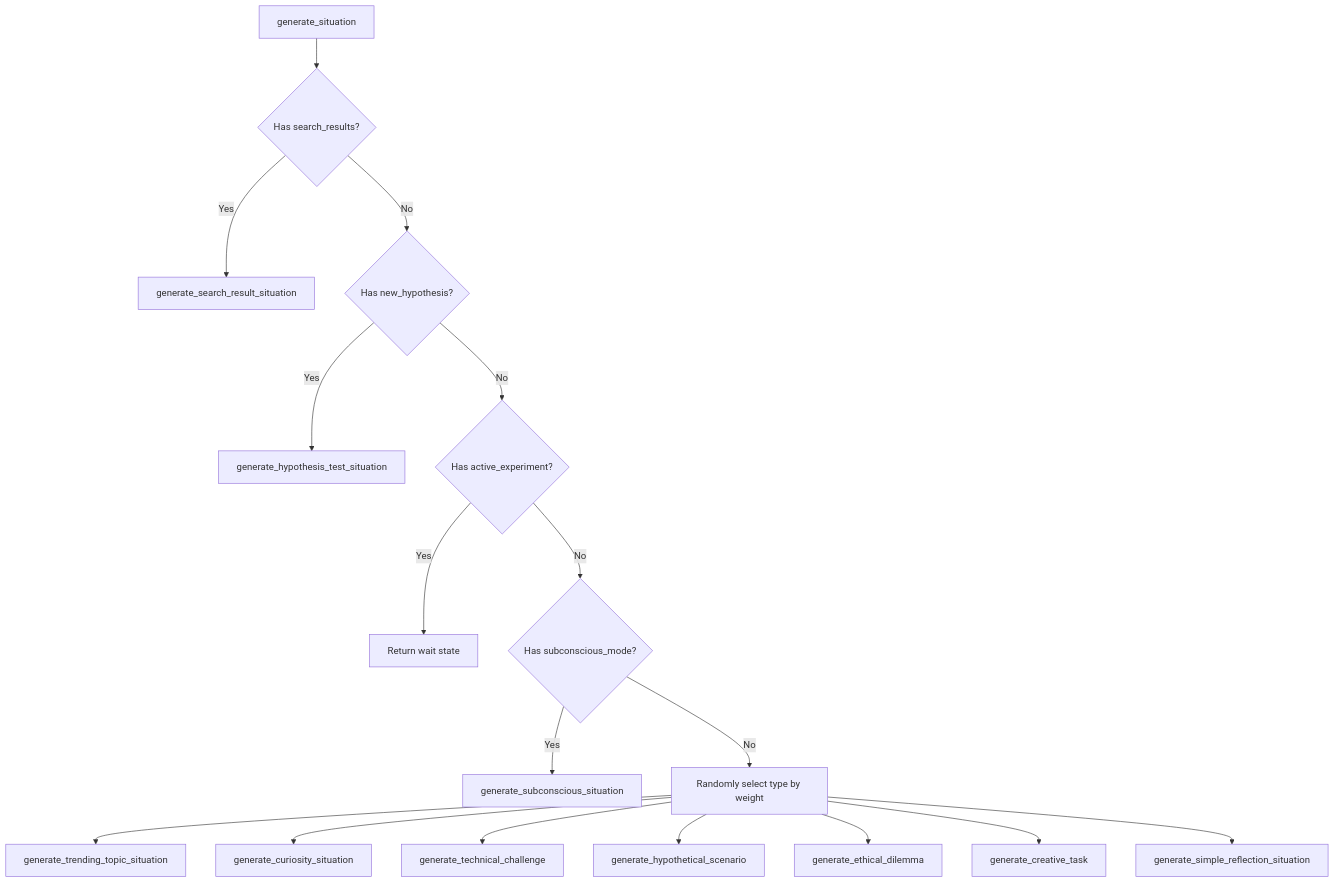
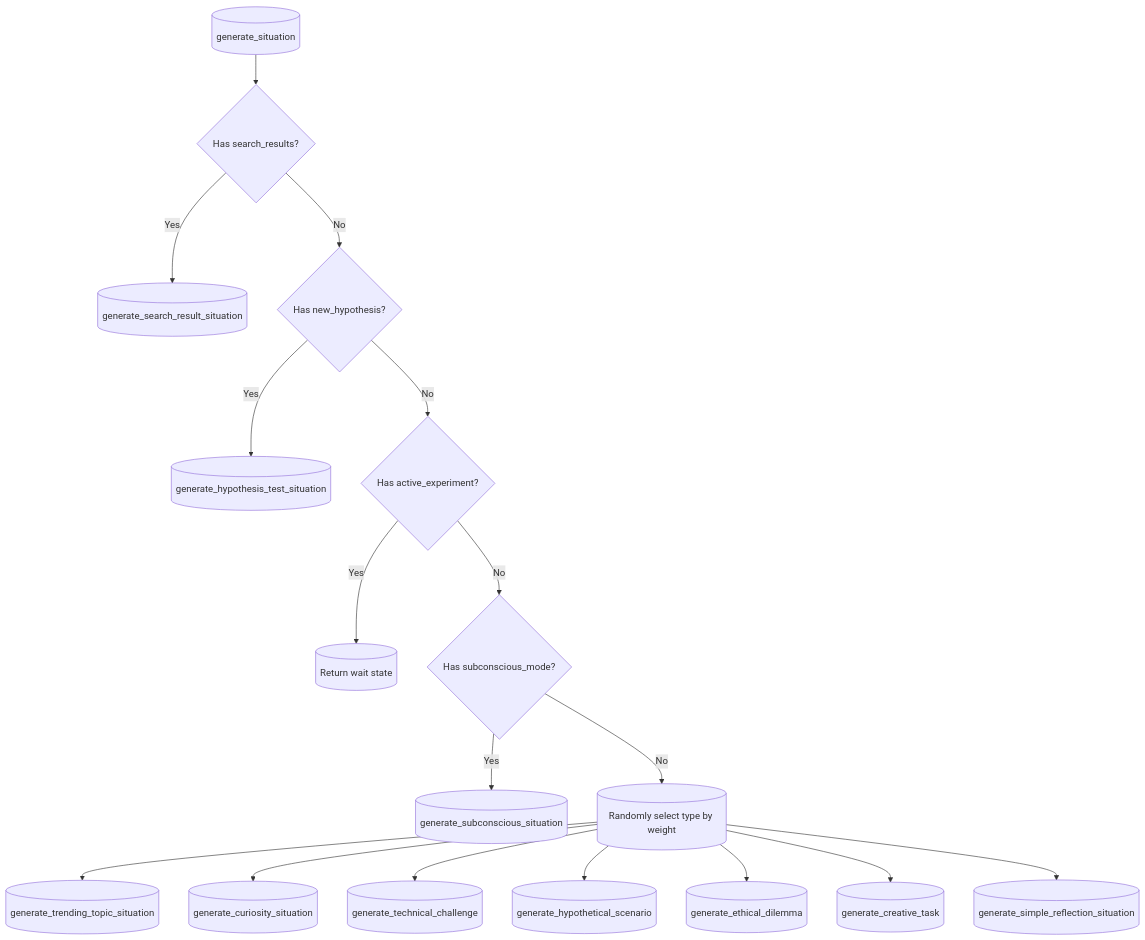
Before and after one commit to Likhithsai2580/RAVANA-WIKI: the third of 4 diagrams in docs/Specialized Modules/Situation Generator.md, drawn with Mermaid. The commit also changed other lines of this file and 32 other files, not shown here.

First line of the commit message:
feat(mermaid): enhance Mermaid diagram rendering and debugging support

````diff
--- a/docs/Specialized Modules/Situation Generator.md
+++ b/docs/Specialized Modules/Situation Generator.md
@@ -102,19 +102,19 @@
 ```mermaid
 flowchart TD
-A[generate_situation] --> B{Has search_results?}
-B --> |Yes| C[generate_search_result_situation]
+A[("generate_situation")] --> B{Has search_results?}
+B --> |Yes| C[("generate_search_result_situation")]
 B --> |No| D{Has new_hypothesis?}
-D --> |Yes| E[generate_hypothesis_test_situation]
+D --> |Yes| E[("generate_hypothesis_test_situation")]
 D --> |No| F{Has active_experiment?}
-F --> |Yes| G[Return wait state]
+F --> |Yes| G[("Return wait state")]
 F --> |No| H{Has subconscious_mode?}
-H --> |Yes| I[generate_subconscious_situation]
-H --> |No| J[Randomly select type by weight]
-J --> K[generate_trending_topic_situation]
-J --> L[generate_curiosity_situation]
-J --> M[generate_technical_challenge]
-J --> N[generate_hypothetical_scenario]
-J --> O[generate_ethical_dilemma]
-J --> P[generate_creative_task]
-J --> Q[generate_simple_reflection_situation]
+H --> |Yes| I[("generate_subconscious_situation")]
+H --> |No| J[("Randomly select type by weight")]
+J --> K[("generate_trending_topic_situation")]
+J --> L[("generate_curiosity_situation")]
+J --> M[("generate_technical_challenge")]
+J --> N[("generate_hypothetical_scenario")]
+J --> O[("generate_ethical_dilemma")]
+J --> P[("generate_creative_task")]
+J --> Q[("generate_simple_reflection_situation")]
 ```
````
